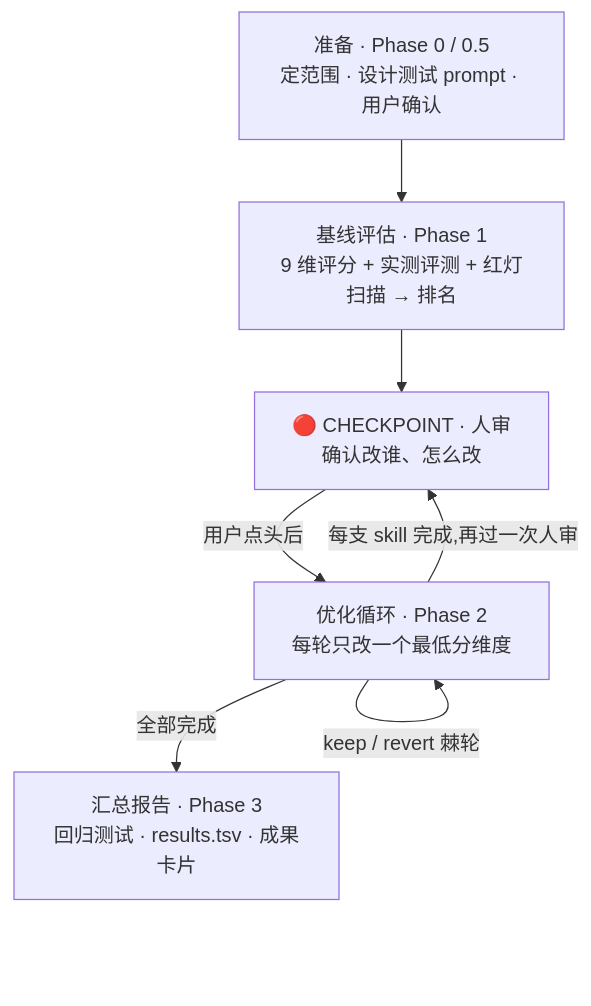
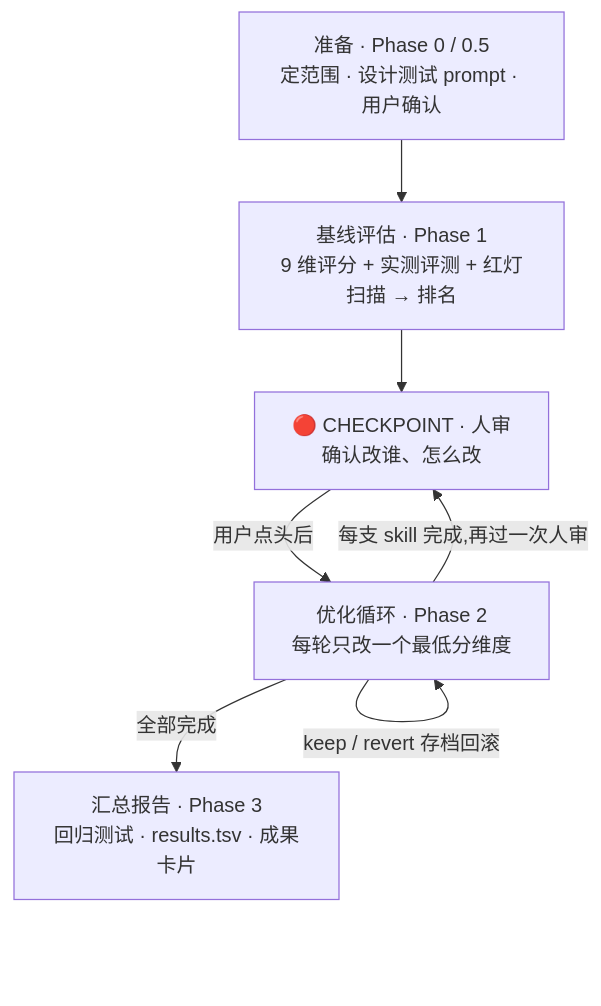
One commit to hoshinoharuka777/darwin-skill changed the diagram in Workflow-Summary.md. Above: the diagram before and after it, drawn with Mermaid. The commit also changed other lines of this file and 2 other files, not shown here.

First line of the commit message:
chore: 「棘轮」统一更名为「存档回滚」；SKILL.md 支持无 playwright 环境跳过截图

````diff
--- a/Workflow-Summary.md
+++ b/Workflow-Summary.md
@@ -9,9 +9,9 @@
 ```mermaid
 flowchart TB
     A["准备 · Phase 0 / 0.5<br/>定范围 · 设计测试 prompt · 用户确认"] --> B["基线评估 · Phase 1<br/>9 维评分 + 实测评测 + 红灯扫描 → 排名"]
     B --> C["🔴 CHECKPOINT · 人审<br/>确认改谁、怎么改"]
     C -->|用户点头后| D["优化循环 · Phase 2<br/>每轮只改一个最低分维度"]
     D -->|每支 skill 完成,再过一次人审| C
-    D -->|keep / revert 棘轮| D
+    D -->|keep / revert 存档回滚| D
     D -->|全部完成| E["汇总报告 · Phase 3<br/>回归测试 · results.tsv · 成果卡片"]
 ```
````
